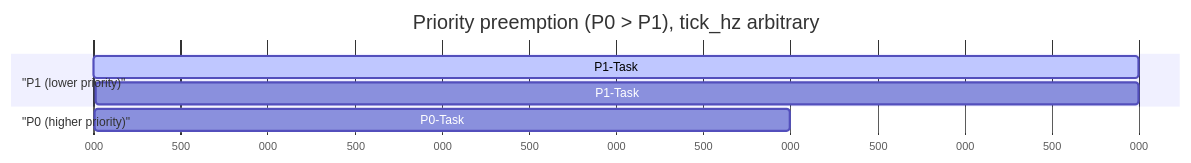
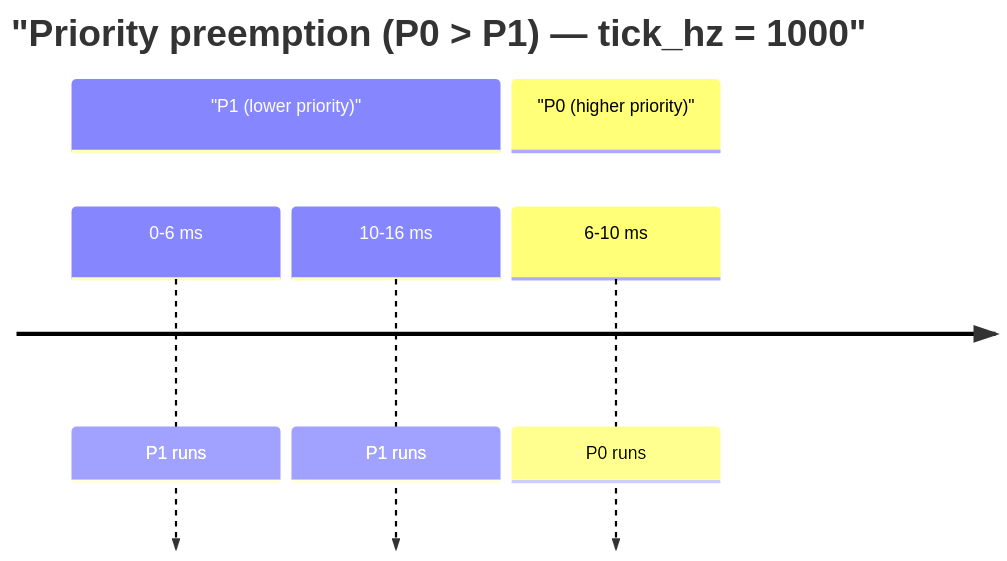
Before and after one commit to ExoSpaceLabs/hardrt: the sixth of 6 diagrams in README.md, drawn with Mermaid. The commit also changed other lines of this file and 1 other file, not shown here.

Commit message:
fix(heartos): change mermaid gantt charts to timeline.

````diff
--- a/README.md
+++ b/README.md
@@ -146,13 +143,9 @@
 ```mermaid
-gantt
-  title Priority preemption (P0 > P1), tick_hz arbitrary
-  dateFormat  X
-  axisFormat  %L
-
+timeline
+  title "Priority preemption (P0 > P1) — tick_hz = 1000"
   section "P1 (lower priority)"
-  P1-Task :active, 0, 6
-  P1-Task : 10, 6
-
+  0-6 ms: P1 runs
+  10-16 ms: P1 runs
   section "P0 (higher priority)"
-  P0-Task : 6, 4
+  6-10 ms: P0 runs
 ```
````
